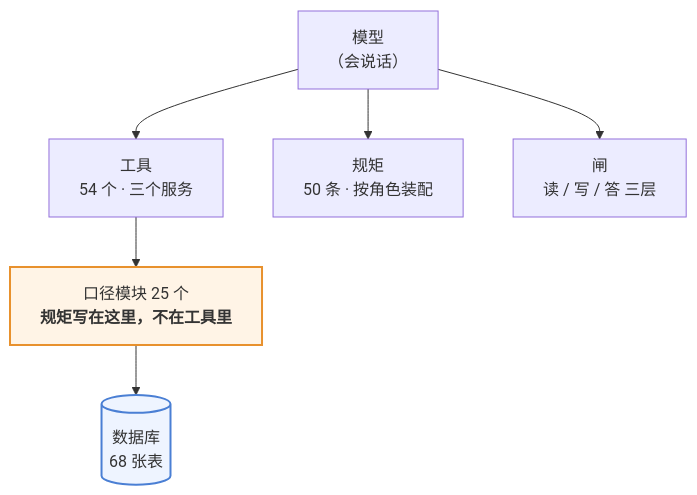
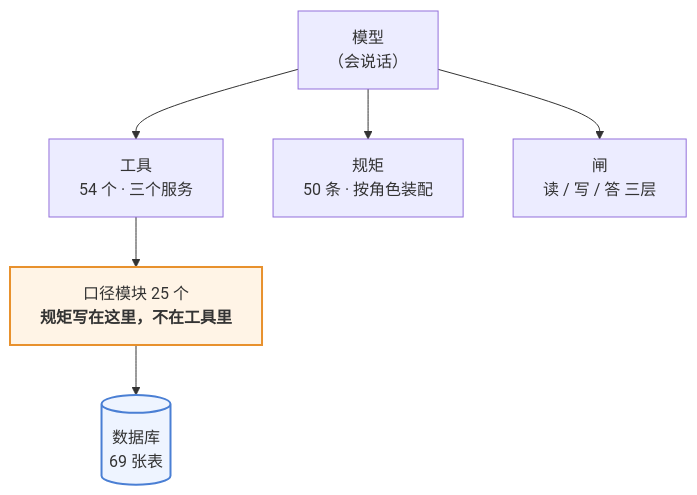
The first of 3 diagrams in 澜绣云裳agent-产品说明.md (843773296-rgb/lanxiu-yunshang-agent), drawn with Mermaid before and after one commit. The commit also changed other lines of this file and 3 other files, not shown here.

````diff
--- a/澜绣云裳agent-产品说明.md
+++ b/澜绣云裳agent-产品说明.md
@@ -62,12 +62,12 @@
 ```mermaid
 flowchart TD
     M["模型<br/>（会说话）"]
     M --> T["工具<br/>54 个 · 三个服务"]
     M --> R["规矩<br/>50 条 · 按角色装配"]
     M --> G["闸<br/>读 / 写 / 答 三层"]
     T --> K["口径模块 25 个<br/><b>规矩写在这里，不在工具里</b>"]
-    K --> DB[("数据库<br/>68 张表")]
+    K --> DB[("数据库<br/>69 张表")]
 
     style K fill:#fff4e6,stroke:#e8912d,stroke-width:2px
     style DB fill:#eef4ff,stroke:#4a7fd4,stroke-width:2px
 ```
````
